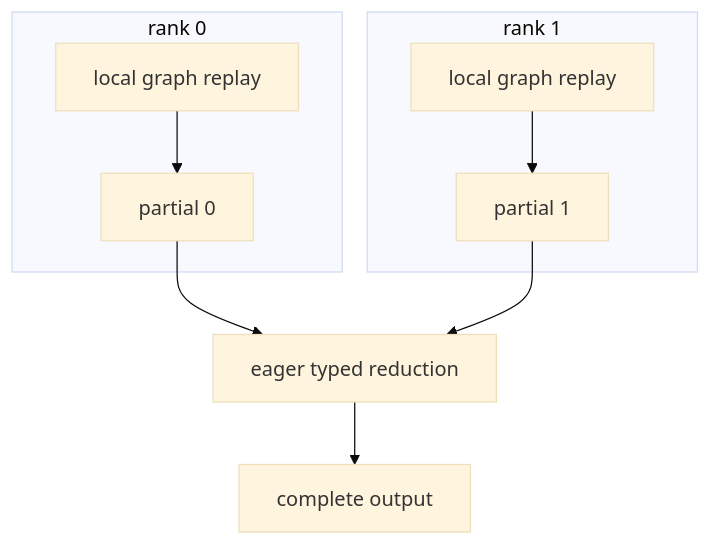
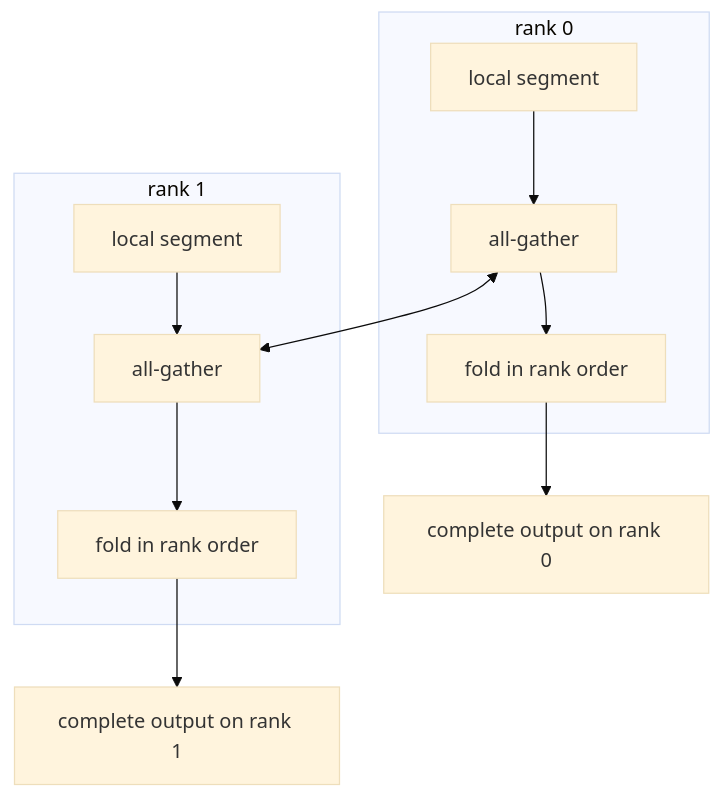
Before and after one commit to visualDust/fhelium: the fifth of 6 diagrams in docs/concepts/distributed/communication-semantics.md, drawn with Mermaid (base theme). The commit also changed other lines of this file and 475 other files, not shown here.

````diff
--- a/docs/concepts/distributed/communication-semantics.md
+++ b/docs/concepts/distributed/communication-semantics.md
@@ -133,12 +133,12 @@
 ```mermaid
 graph TB
     subgraph R0[rank 0]
-      G0[local graph replay] --> P0[partial 0]
+      A0[local segment] --> C0[all-gather] --> F0[fold in rank order]
     end
     subgraph R1[rank 1]
-      G1[local graph replay] --> P1[partial 1]
+      A1[local segment] --> C1[all-gather] --> F1[fold in rank order]
     end
-    P0 --> RED[eager typed reduction]
-    P1 --> RED
-    RED --> OUT[complete output]
+    C0 <--> C1
+    F0 --> OUT0[complete output on rank 0]
+    F1 --> OUT1[complete output on rank 1]
 ```
````
